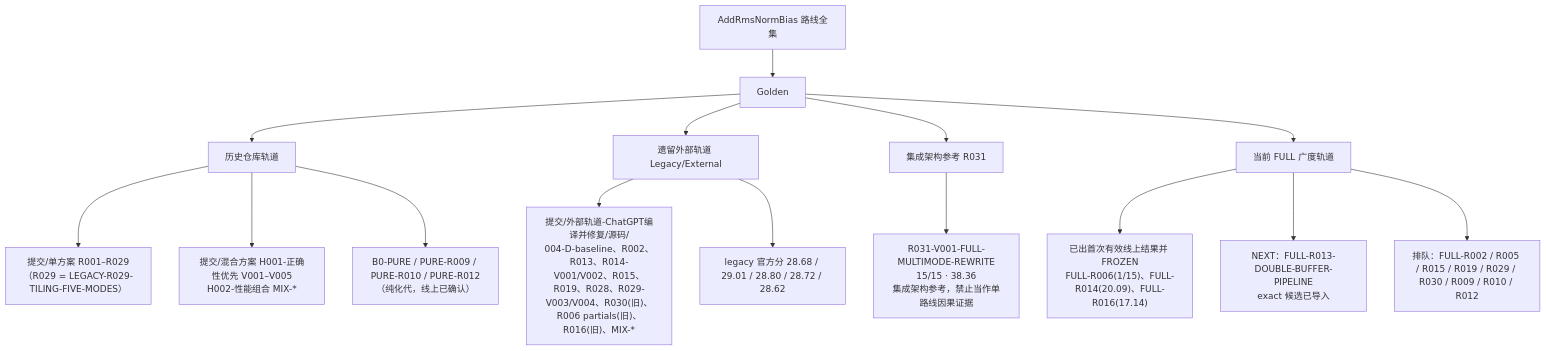
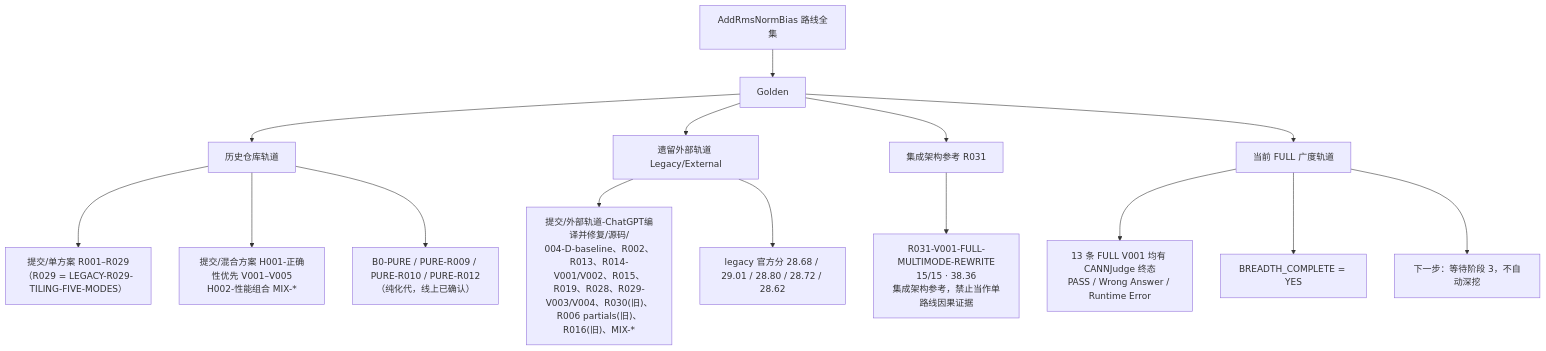
One commit to sxyq/CANN changed the diagram in 文档/路线树.md. Above: the diagram before and after it, drawn with Mermaid. The commit also changed other lines of this file and 14 other files, not shown here.

Commit message:
record FULL V001 breadth completion

````diff
--- a/文档/路线树.md
+++ b/文档/路线树.md
@@ -7,22 +7,22 @@
 ```mermaid
 flowchart TD
     ROOT["AddRmsNormBias 路线全集"]
     ROOT --> TRACKS["Golden"]
     TRACKS --> T1["历史仓库轨道"]
     TRACKS --> T2["遗留外部轨道 Legacy/External"]
     TRACKS --> T3["集成架构参考 R031"]
     TRACKS --> T4["当前 FULL 广度轨道"]
 
     T1 --> T1A["提交/单方案 R001–R029<br/>（R029 = LEGACY-R029-TILING-FIVE-MODES）"]
     T1 --> T1B["提交/混合方案 H001-正确性优先 V001–V005<br/>H002-性能组合 MIX-*"]
     T1 --> T1C["B0-PURE / PURE-R009 / PURE-R010 / PURE-R012<br/>（纯化代，线上已确认）"]
 
     T2 --> T2A["提交/外部轨道-ChatGPT编译并修复/源码/<br/>004-D-baseline、R002、R013、R014-V001/V002、R015、R019、R028、R029-V003/V004、R030(旧)、R006 partials(旧)、R016(旧)、MIX-*"]
     T2 --> T2B["legacy 官方分 28.68 / 29.01 / 28.80 / 28.72 / 28.62"]
 
     T3 --> T3A["R031-V001-FULL-MULTIMODE-REWRITE<br/>15/15 · 38.36<br/>集成架构参考，禁止当作单路线因果证据"]
 
-    T4 --> T4A["已出首次有效线上结果并 FROZEN<br/>FULL-R006(1/15)、FULL-R014(20.09)、FULL-R016(17.14)"]
-    T4 --> T4B["NEXT：FULL-R013-DOUBLE-BUFFER-PIPELINE<br/>exact 候选已导入"]
-    T4 --> T4C["排队：FULL-R002 / R005 / R015 / R019 / R029 / R030 / R009 / R010 / R012"]
+    T4 --> T4A["13 条 FULL V001 均有 CANNJudge 终态<br/>PASS / Wrong Answer / Runtime Error"]
+    T4 --> T4B["BREADTH_COMPLETE = YES"]
+    T4 --> T4C["下一步：等待阶段 3，不自动深挖"]
 ```
````
